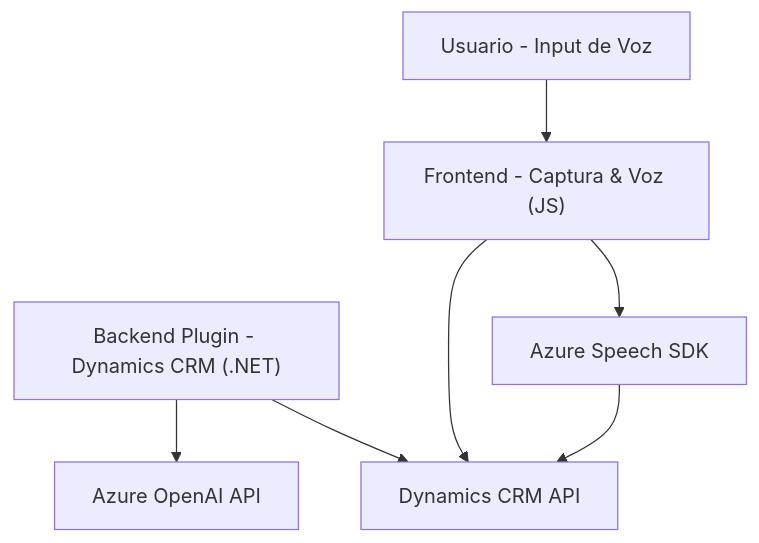
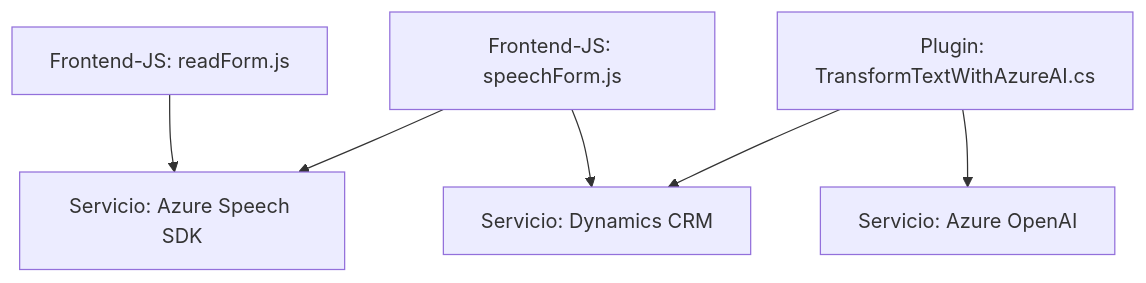
Before and after one commit to blopezdm/NETCORE_BILBAO2025: the diagram in README.md, drawn with Mermaid. The commit also changed other lines of this file, not shown here.

````diff
--- a/README.md
+++ b/README.md
@@ -43,16 +41,16 @@
 ```mermaid
 graph TD
-    Frontend["Frontend - Captura & Voz (JS)"]
-    BackendPlugin["Backend Plugin - Dynamics CRM (.NET)"]
-    AzureSpeech["Azure Speech SDK"]
-    AzureOpenAI["Azure OpenAI API"]
-    DynamicsAPI["Dynamics CRM API"]
-    UserInterface["Usuario - Input de Voz"]
+    A["Frontend-JS: readForm.js"]
+    B["Frontend-JS: speechForm.js"]
+    C["Plugin: TransformTextWithAzureAI.cs"]
 
-    UserInterface --> Frontend
-    Frontend --> AzureSpeech
-    Frontend --> DynamicsAPI
-    BackendPlugin --> DynamicsAPI
-    BackendPlugin --> AzureOpenAI
-    AzureSpeech --> DynamicsAPI
+    AzureSpeechSDK["Servicio: Azure Speech SDK"]
+    AzureOpenAI["Servicio: Azure OpenAI"]
+    DynamicsCRM["Servicio: Dynamics CRM"]
+
+    A --> AzureSpeechSDK
+    B --> AzureSpeechSDK
+    B --> DynamicsCRM
+    C --> AzureOpenAI
+    C --> DynamicsCRM
 ```
````
